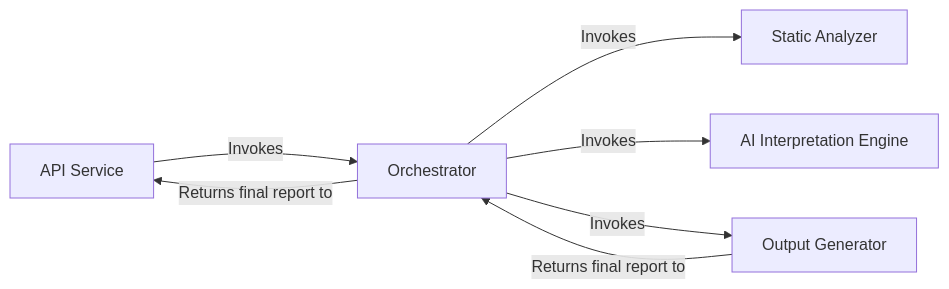
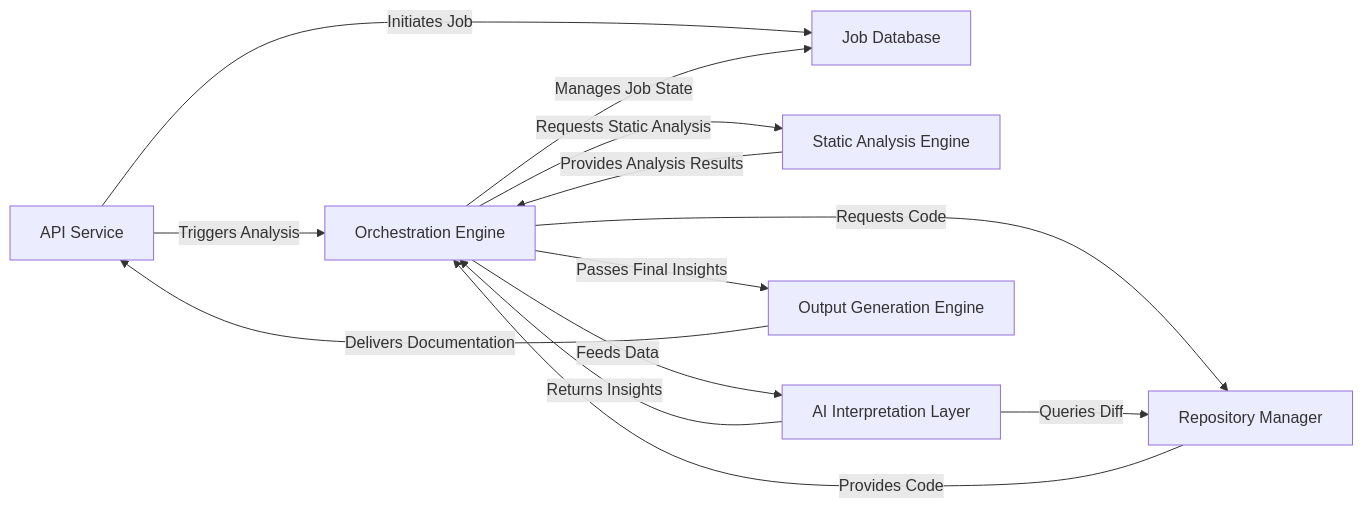
The first of 4 diagrams in README.md (mariyam866/CodeBoarding), drawn with Mermaid before and after one commit. The commit also changed other lines of this file, not shown here.

Commit message:
Update README.md diagrams

````diff
--- a/README.md
+++ b/README.md
@@ -23,19 +23,28 @@
 ```mermaid
 graph LR
     API_Service["API Service"]
-    Orchestrator["Orchestrator"]
-    Static_Analyzer["Static Analyzer"]
-    AI_Interpretation_Engine["AI Interpretation Engine"]
-    Output_Generator["Output Generator"]
-    API_Service -- "Invokes" --> Orchestrator
-    Orchestrator -- "Invokes" --> Static_Analyzer
-    Orchestrator -- "Invokes" --> AI_Interpretation_Engine
-    Orchestrator -- "Invokes" --> Output_Generator
-    Output_Generator -- "Returns final report to" --> Orchestrator
-    Orchestrator -- "Returns final report to" --> API_Service
+    Job_Database["Job Database"]
+    Orchestration_Engine["Orchestration Engine"]
+    Repository_Manager["Repository Manager"]
+    Static_Analysis_Engine["Static Analysis Engine"]
+    AI_Interpretation_Layer["AI Interpretation Layer"]
+    Output_Generation_Engine["Output Generation Engine"]
+    API_Service -- "Initiates Job" --> Job_Database
+    API_Service -- "Triggers Analysis" --> Orchestration_Engine
+    Orchestration_Engine -- "Manages Job State" --> Job_Database
+    Orchestration_Engine -- "Requests Code" --> Repository_Manager
+    Repository_Manager -- "Provides Code" --> Orchestration_Engine
+    Orchestration_Engine -- "Requests Static Analysis" --> Static_Analysis_Engine
+    Static_Analysis_Engine -- "Provides Analysis Results" --> Orchestration_Engine
+    Orchestration_Engine -- "Feeds Data" --> AI_Interpretation_Layer
+    AI_Interpretation_Layer -- "Returns Insights" --> Orchestration_Engine
+    AI_Interpretation_Layer -- "Queries Diff" --> Repository_Manager
+    Orchestration_Engine -- "Passes Final Insights" --> Output_Generation_Engine
+    Output_Generation_Engine -- "Delivers Documentation" --> API_Service
     click API_Service href "https://github.com/CodeBoarding/CodeBoarding/blob/main/.codeboarding/API_Service.md" "Details"
-    click Orchestrator href "https://github.com/CodeBoarding/CodeBoarding/blob/main/.codeboarding/Orchestrator.md" "Details"
-    click Static_Analyzer href "https://github.com/CodeBoarding/CodeBoarding/blob/main/.codeboarding/Static_Analyzer.md" "Details"
-    click AI_Interpretation_Engine href "https://github.com/CodeBoarding/CodeBoarding/blob/main/.codeboarding/AI_Interpretation_Engine.md" "Details"
-    click Output_Generator href "https://github.com/CodeBoarding/CodeBoarding/blob/main/.codeboarding/Output_Generator.md" "Details"
+    click Job_Database href "https://github.com/CodeBoarding/CodeBoarding/blob/main/.codeboarding/Job_Database.md" "Details"
+    click Repository_Manager href "https://github.com/CodeBoarding/CodeBoarding/blob/main/.codeboarding/Repository_Manager.md" "Details"
+    click Static_Analysis_Engine href "https://github.com/CodeBoarding/CodeBoarding/blob/main/.codeboarding/Static_Analysis_Engine.md" "Details"
+    click AI_Interpretation_Layer href "https://github.com/CodeBoarding/CodeBoarding/blob/main/.codeboarding/AI_Interpretation_Layer.md" "Details"
+    click Output_Generation_Engine href "https://github.com/CodeBoarding/CodeBoarding/blob/main/.codeboarding/Output_Generation_Engine.md" "Details"
 ```
````
